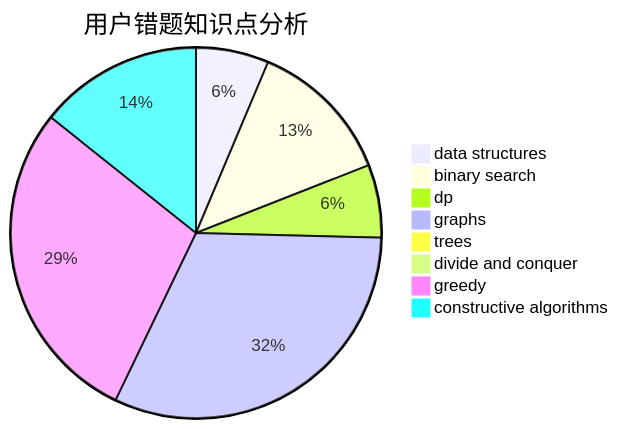
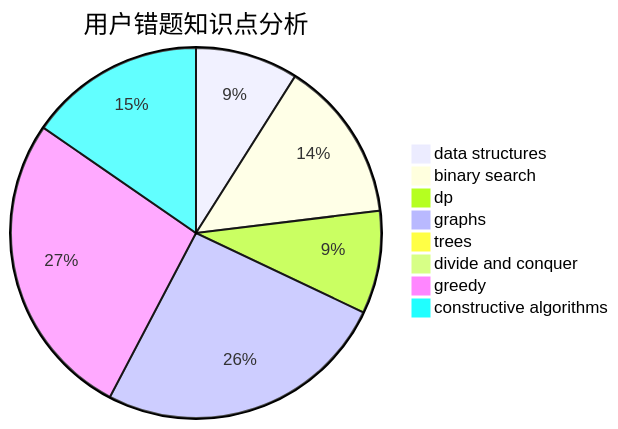
Before and after one commit to sherpahu/cfrs.github.io: the third of 3 diagrams in docs/user/u771.md, drawn with Mermaid. The commit also changed other lines of this file and 2770 other files, not shown here.

````diff
--- a/docs/user/u771.md
+++ b/docs/user/u771.md
@@ -36,11 +36,11 @@
 ```mermaid
 pie title 用户错题知识点分析
-    "data structures" :  4
-    "binary search" :  8
-    "dp" :  4
+    "data structures" :  7
+    "binary search" :  11
+    "dp" :  7
     "graphs" :  20
     "trees" :  0
     "divide and conquer" :  0
-    "greedy" :  18
-    "constructive algorithms" :  9
+    "greedy" :  21
+    "constructive algorithms" :  12
 ```
````
